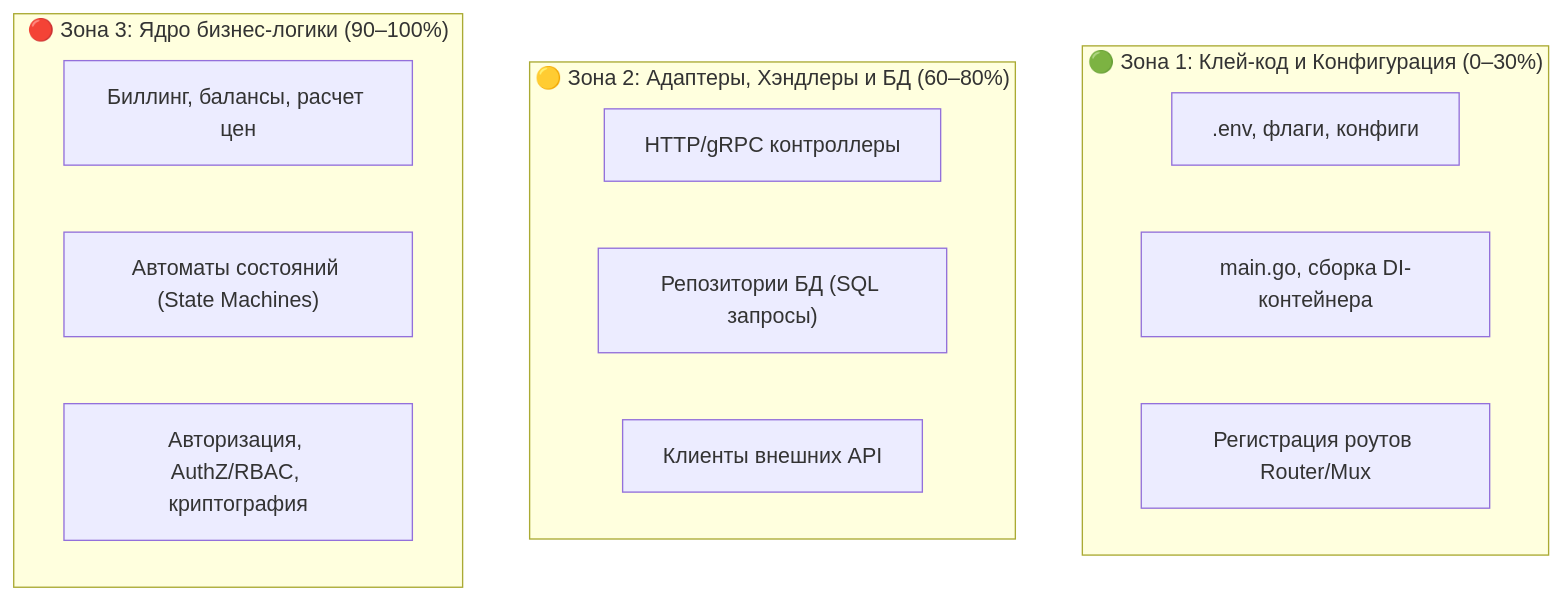
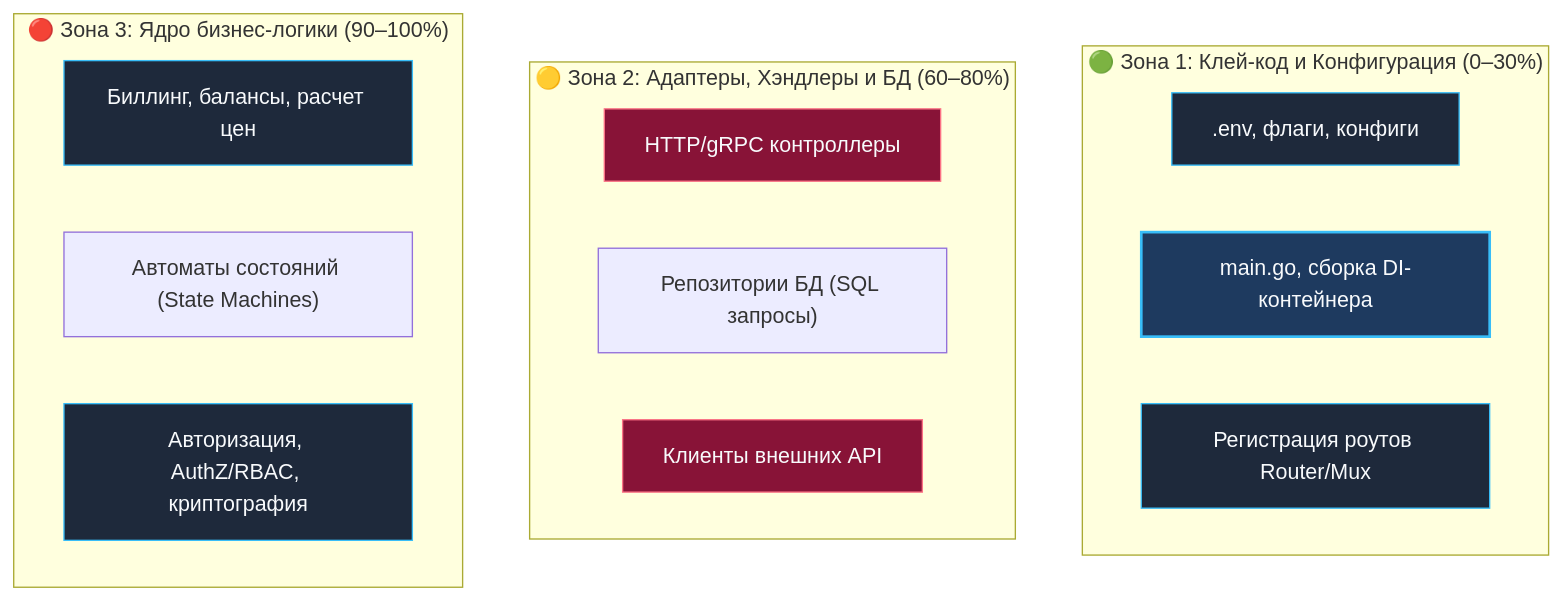
The second of 2 diagrams in sources/15. Тестирование в Go (QA & Testing)/10. Практика и CI/6. Минимальный достаточный coverage.md (UnrealTemplier/go-textbook), drawn with Mermaid before and after one commit. The commit also changed other lines of this file and 1666 other files, not shown here.

First line of the commit message:
feat(mermaid): add semantic color classDef to 1369 colorless flowchart/graph diagrams

````diff
--- a/sources/15. Тестирование в Go (QA & Testing)/10. Практика и CI/6. Минимальный достаточный coverage.md
+++ b/sources/15. Тестирование в Go (QA & Testing)/10. Практика и CI/6. Минимальный достаточный coverage.md
@@ -43,18 +53,28 @@
 ```mermaid
 flowchart TD
+    classDef process  fill:#1e293b,stroke:#38bdf8,stroke-width:1px,color:#f8fafc
+    classDef success  fill:#064e3b,stroke:#34d399,stroke-width:1px,color:#f8fafc
+    classDef error    fill:#7f1d1d,stroke:#f87171,stroke-width:1px,color:#f8fafc
+    classDef warning  fill:#78350f,stroke:#fbbf24,stroke-width:1px,color:#f8fafc
+    classDef entry    fill:#1e3a5f,stroke:#38bdf8,stroke-width:2px,color:#f8fafc
+    classDef aux      fill:#334155,stroke:#64748b,stroke-width:1px,color:#f8fafc
+    classDef system   fill:#312e81,stroke:#a78bfa,stroke-width:1px,color:#f8fafc
+    classDef data     fill:#132d29,stroke:#2dd4bf,stroke-width:1px,color:#f8fafc
+    classDef network  fill:#881337,stroke:#fb7185,stroke-width:1px,color:#f8fafc
+    classDef accent   fill:#1e1b4b,stroke:#818cf8,stroke-width:1px,color:#f8fafc
     subgraph Z1["🟢 Зона 1: Клей-код и Конфигурация (0–30%)"]
-        C1[".env, флаги, конфиги"]
-        C2["main.go, сборка DI-контейнера"]
-        C3["Регистрация роутов Router/Mux"]
+        C1[".env, флаги, конфиги"]:::process
+        C2["main.go, сборка DI-контейнера"]:::entry
+        C3["Регистрация роутов Router/Mux"]:::process
     end
     subgraph Z2["🟡 Зона 2: Адаптеры, Хэндлеры и БД (60–80%)"]
-        H1["HTTP/gRPC контроллеры"]
+        H1["HTTP/gRPC контроллеры"]:::network
         H2["Репозитории БД (SQL запросы)"]
-        H3["Клиенты внешних API"]
+        H3["Клиенты внешних API"]:::network
     end
     subgraph Z3["🔴 Зона 3: Ядро бизнес-логики (90–100%)"]
-        B1["Биллинг, балансы, расчет цен"]
+        B1["Биллинг, балансы, расчет цен"]:::process
         B2["Автоматы состояний (State Machines)"]
-        B3["Авторизация, AuthZ/RBAC, криптография"]
+        B3["Авторизация, AuthZ/RBAC, криптография"]:::process
     end
 ```
````
